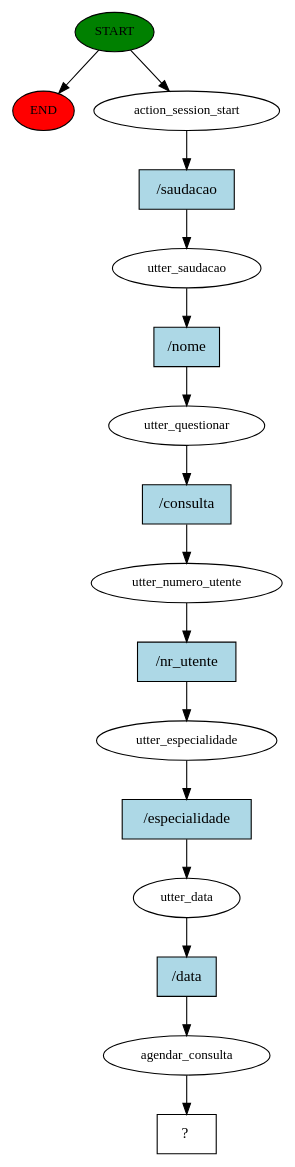
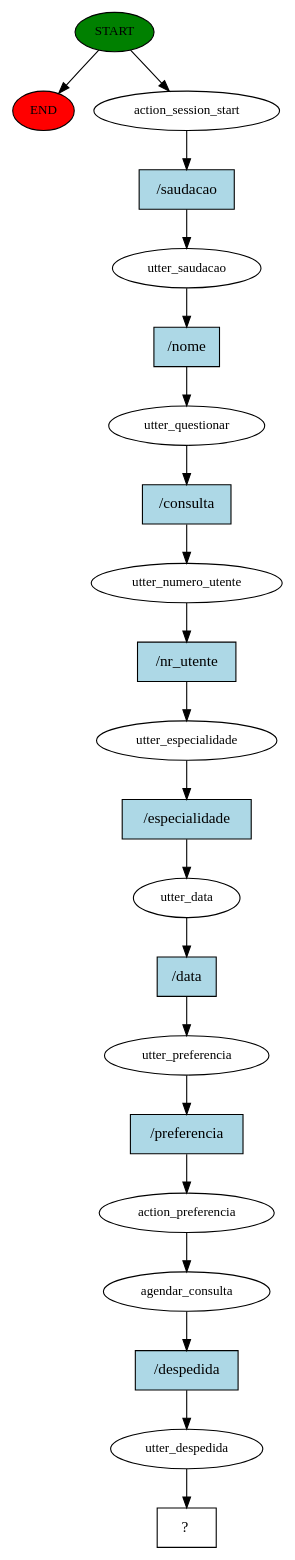
The diagram in story_graph.dot (mariana27oliveira/AmbInt), drawn with Graphviz before and after one commit. The commit also changed 429 other files, not shown here.

Commit message:
story.agendar_consulta

```diff
--- a/story_graph.dot
+++ b/story_graph.dot
@@ -1,33 +1,43 @@
 digraph  {
 0 [class="start active", fillcolor=green, fontsize=12, label=START, style=filled];
 "-1" [class=end, fillcolor=red, fontsize=12, label=END, style=filled];
 1 [class=active, fontsize=12, label=action_session_start];
 2 [class=active, fontsize=12, label=utter_saudacao];
 3 [class=active, fontsize=12, label=utter_questionar];
 4 [class=active, fontsize=12, label=utter_numero_utente];
 5 [class=active, fontsize=12, label=utter_especialidade];
 6 [class=active, fontsize=12, label=utter_data];
-7 [class=active, fontsize=12, label=agendar_consulta];
-8 [class="intent dashed active", label="  ?  ", shape=rect];
-9 [class="intent active", fillcolor=lightblue, label="/saudacao", shape=rect, style=filled];
-10 [class="intent active", fillcolor=lightblue, label="/nome", shape=rect, style=filled];
-11 [class="intent active", fillcolor=lightblue, label="/consulta", shape=rect, style=filled];
-12 [class="intent active", fillcolor=lightblue, label="/nr_utente", shape=rect, style=filled];
-13 [class="intent active", fillcolor=lightblue, label="/especialidade", shape=rect, style=filled];
-14 [class="intent active", fillcolor=lightblue, label="/data", shape=rect, style=filled];
+7 [class=active, fontsize=12, label=utter_preferencia];
+8 [class=active, fontsize=12, label=action_preferencia];
+9 [class=active, fontsize=12, label=agendar_consulta];
+10 [class=active, fontsize=12, label=utter_despedida];
+11 [class="intent dashed active", label="  ?  ", shape=rect];
+12 [class="intent active", fillcolor=lightblue, label="/saudacao", shape=rect, style=filled];
+13 [class="intent active", fillcolor=lightblue, label="/nome", shape=rect, style=filled];
+14 [class="intent active", fillcolor=lightblue, label="/consulta", shape=rect, style=filled];
+15 [class="intent active", fillcolor=lightblue, label="/nr_utente", shape=rect, style=filled];
+16 [class="intent active", fillcolor=lightblue, label="/especialidade", shape=rect, style=filled];
+17 [class="intent active", fillcolor=lightblue, label="/data", shape=rect, style=filled];
+18 [class="intent active", fillcolor=lightblue, label="/preferencia", shape=rect, style=filled];
+19 [class="intent active", fillcolor=lightblue, label="/despedida", shape=rect, style=filled];
 0 -> "-1"  [class="", key=NONE, label=""];
 0 -> 1  [class=active, key=NONE, label=""];
-1 -> 9  [class=active, key=0];
-2 -> 10  [class=active, key=0];
-3 -> 11  [class=active, key=0];
-4 -> 12  [class=active, key=0];
-5 -> 13  [class=active, key=0];
-6 -> 14  [class=active, key=0];
-7 -> 8  [class=active, key=NONE, label=""];
-9 -> 2  [class=active, key=0];
-10 -> 3  [class=active, key=0];
-11 -> 4  [class=active, key=0];
-12 -> 5  [class=active, key=0];
-13 -> 6  [class=active, key=0];
-14 -> 7  [class=active, key=0];
+1 -> 12  [class=active, key=0];
+2 -> 13  [class=active, key=0];
+3 -> 14  [class=active, key=0];
+4 -> 15  [class=active, key=0];
+5 -> 16  [class=active, key=0];
+6 -> 17  [class=active, key=0];
+7 -> 18  [class=active, key=0];
+8 -> 9  [class=active, key=NONE, label=""];
+9 -> 19  [class=active, key=0];
+10 -> 11  [class=active, key=NONE, label=""];
+12 -> 2  [class=active, key=0];
+13 -> 3  [class=active, key=0];
+14 -> 4  [class=active, key=0];
+15 -> 5  [class=active, key=0];
+16 -> 6  [class=active, key=0];
+17 -> 7  [class=active, key=0];
+18 -> 8  [class=active, key=0];
+19 -> 10  [class=active, key=0];
 }
```
